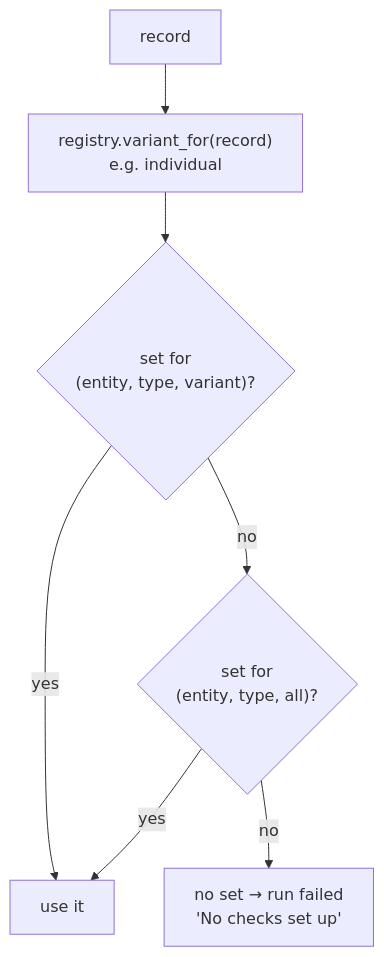
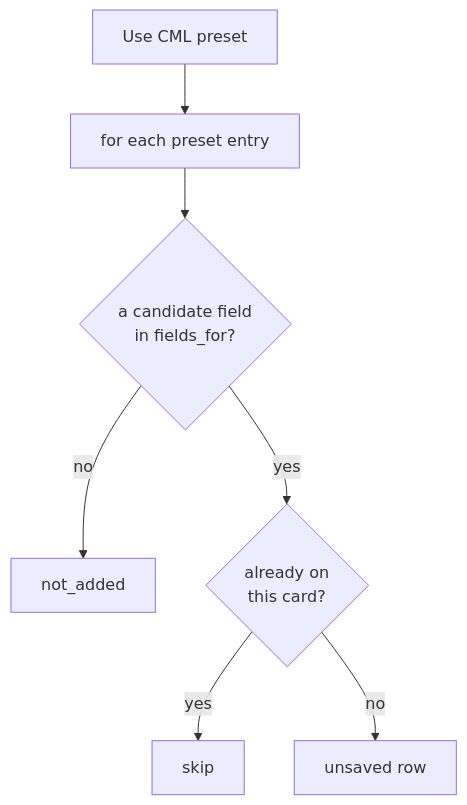
Before and after one commit to sampadadiwan/IRM_CompanyMain: the seventh of 12 diagrams in openspec/changes/document-checks/design.md, drawn with Mermaid. The commit also changed other lines of this file and 85 other files, not shown here.

````diff
--- a/openspec/changes/document-checks/design.md
+++ b/openspec/changes/document-checks/design.md
@@ -416,9 +448,9 @@
 ```mermaid
 flowchart TD
-    A["record"] --> B["registry.variant_for(record)<br/>e.g. individual"]
-    B --> C{"set for<br/>(entity, type, variant)?"}
-    C -- "yes" --> D["use it"]
-    C -- "no" --> E{"set for<br/>(entity, type, all)?"}
-    E -- "yes" --> D
-    E -- "no" --> F["no set → run failed<br/>'No checks set up'"]
+    A["Use CML preset"] --> B["for each preset entry"]
+    B --> C{"a candidate field<br/>in fields_for?"}
+    C -- "no" --> N["not_added"]
+    C -- "yes" --> D{"already on<br/>this card?"}
+    D -- "yes" --> S["skip"]
+    D -- "no" --> R["unsaved row"]
 ```
````
